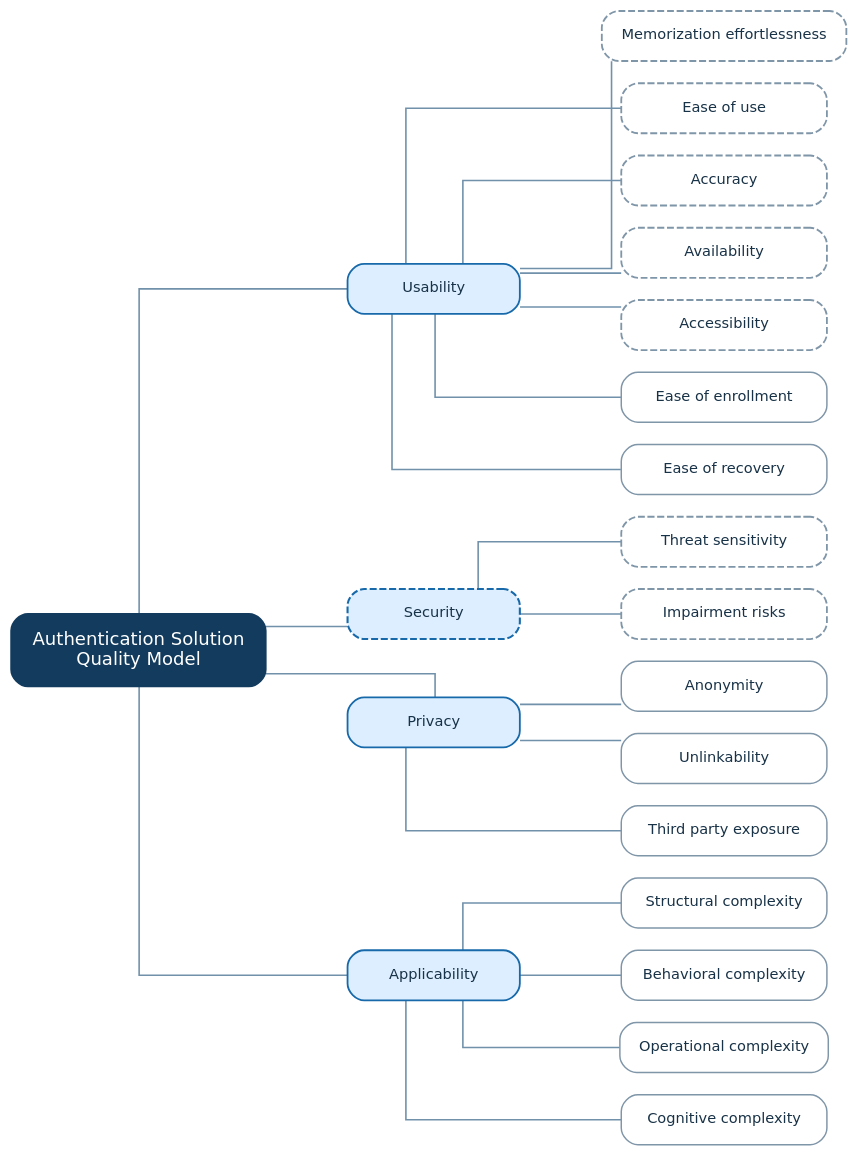
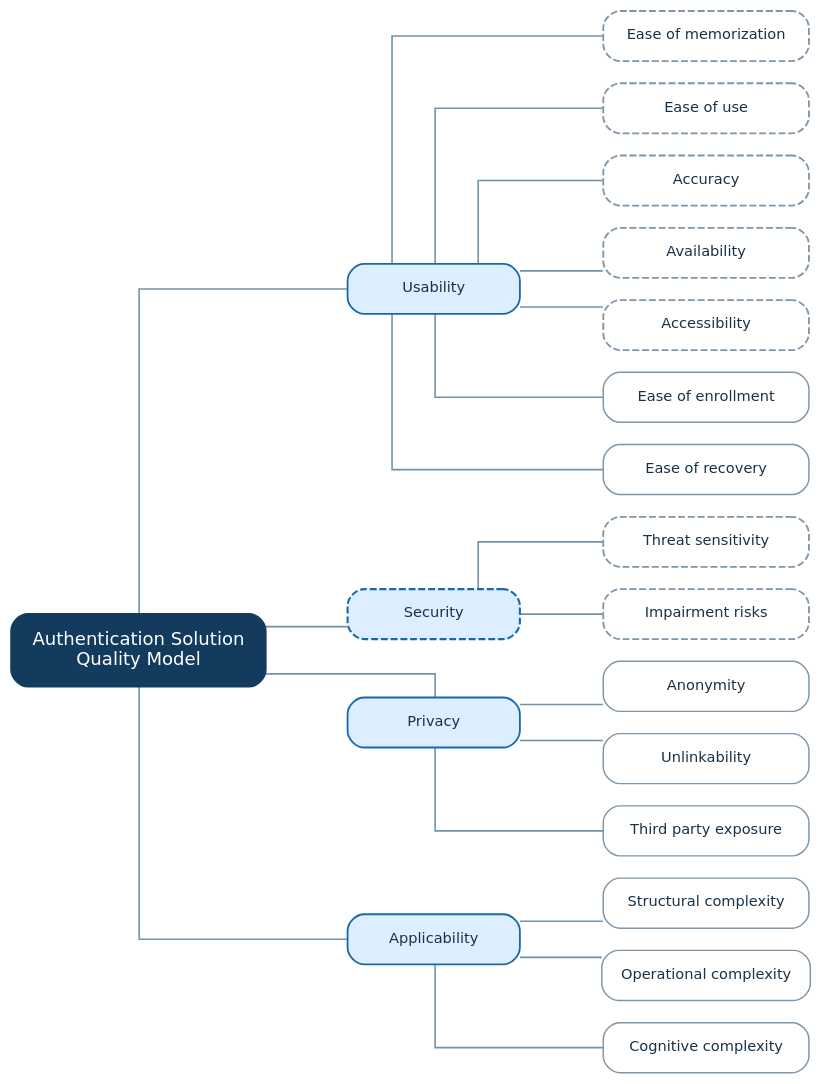
One commit to aqua-authentication/AQUA changed the diagram in trees/solution-tree.dot. Above: the diagram before and after it, drawn with Graphviz. The commit also changed 12 other files, not shown here.

```diff
--- a/trees/solution-tree.dot
+++ b/trees/solution-tree.dot
@@ -1,96 +1,94 @@
 digraph QualityModel {
 
   graph [
     rankdir=LR,
     bgcolor="transparent",
     pad="0.14",
     margin="0.03",
     nodesep="0.22",
     ranksep="0.82",
     splines=ortho,
     outputorder=edgesfirst,
     ordering=out
   ];
 
   node [
     shape=box,
     style="rounded,filled",
     fontname="DejaVu Sans",
     fontsize=10.5,
     color="#7f95a8",
     fontcolor="#183247",
     penwidth=1.05,
     margin="0.18,0.11"
   ];
 
   edge [
     dir=none,
     color="#7191aa",
     penwidth=1.15
   ];
 
   Root [
     label="Authentication Solution\nQuality Model",
     fillcolor="#123b5d",
     fontcolor="white",
     color="#123b5d",
     fontsize=13,
     penwidth=1.5,
     width=2.25,
     height=0.72
   ];
 
   // Quality factors
   Usability       [label="Usability",     fillcolor="#dceeff", color="#1769aa", penwidth=1.3, width=1.72];
   Security        [label="Security",      fillcolor="#dceeff", color="#1769aa", penwidth=1.5, width=1.72, style="rounded,filled,dashed"];
   Privacy         [label="Privacy",       fillcolor="#dceeff", color="#1769aa", penwidth=1.3, width=1.72];
   Applicability   [label="Applicability", fillcolor="#dceeff", color="#1769aa", penwidth=1.3, width=1.72];
 
   // Quality subfactors
-  MemorizationEffortlessness      [label="Memorization effortlessness", fillcolor="white", width=2.05, style="rounded,filled,dashed", penwidth=1.3];
+  EaseOfMemorization              [label="Ease of memorization",        fillcolor="white", width=2.05, style="rounded,filled,dashed", penwidth=1.3];
   EaseOfUse                       [label="Ease of use",                 fillcolor="white", width=2.05, style="rounded,filled,dashed", penwidth=1.3];
   Accuracy                        [label="Accuracy",                    fillcolor="white", width=2.05, style="rounded,filled,dashed", penwidth=1.3];
   Availability                    [label="Availability",                fillcolor="white", width=2.05, style="rounded,filled,dashed", penwidth=1.3];
   Accessibility                   [label="Accessibility",               fillcolor="white", width=2.05, style="rounded,filled,dashed", penwidth=1.3];
   EaseOfEnrollment                [label="Ease of enrollment",          fillcolor="white", width=2.05];
   EaseOfRecovery                  [label="Ease of recovery",            fillcolor="white", width=2.05];
 
   ThreatSensitivity               [label="Threat sensitivity",          fillcolor="white", width=2.05, style="rounded,filled,dashed", penwidth=1.3];
   ImpairmentRisks                 [label="Impairment risks",            fillcolor="white", width=2.05, style="rounded,filled,dashed", penwidth=1.3];
 
   Anonymity                       [label="Anonymity",                   fillcolor="white", width=2.05];
   Unlinkability                   [label="Unlinkability",               fillcolor="white", width=2.05];
   ThirdPartyExposure              [label="Third party exposure",        fillcolor="white", width=2.05];
 
   StructuralComplexity            [label="Structural complexity",       fillcolor="white", width=2.05];
-  BehavioralComplexity            [label="Behavioral complexity",       fillcolor="white", width=2.05];
   OperationalComplexity           [label="Operational complexity",      fillcolor="white", width=2.05];
-  CognitiveComplexity            [label="Cognitive complexity",         fillcolor="white", width=2.05];
+  CognitiveComplexity             [label="Cognitive complexity",        fillcolor="white", width=2.05];
 
  
   Root -> Usability;
   Root -> Security;
   Root -> Privacy;
   Root -> Applicability;
 
   
-  Usability -> MemorizationEffortlessness;
+  Usability -> EaseOfMemorization;
   Usability -> EaseOfUse;
   Usability -> Accuracy;
   Usability -> Availability;
   Usability -> Accessibility;
   Usability -> EaseOfEnrollment;
   Usability -> EaseOfRecovery;
 
   Security -> ThreatSensitivity;
   Security -> ImpairmentRisks;
 
   Privacy -> Anonymity;
   Privacy -> Unlinkability;
   Privacy -> ThirdPartyExposure;
 
   Applicability -> StructuralComplexity;
-  Applicability -> BehavioralComplexity;
   Applicability -> OperationalComplexity;
   Applicability -> CognitiveComplexity;
 }
```
